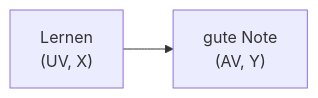
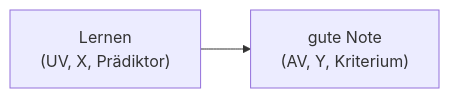
The sixth of 7 diagrams in 010-rahmen.qmd (sebastiansauer/statistik1), drawn with Mermaid before and after one commit. The commit also changed other lines of this file and 121 other files, not shown here.

````diff
--- a/010-rahmen.qmd
+++ b/010-rahmen.qmd
@@ -1098,8 +1101,8 @@
 ```{mermaid}
 %%| fig-cap: X und Y als synonyme Bezeichnungen für Input- und Output-Variablen einer Forschungsfrage
 %%| label: fig-ueberblick-fragen
 %%| fig-height: 0.5
 
 graph LR
-    X["Lernen<br>(UV, X)"] --> Y["gute Note<br>(AV, Y)"]
+    X["Lernen<br>(UV, X, Prädiktor)"] --> Y["gute Note<br>(AV, Y, Kriterium)"]
 ```
````
